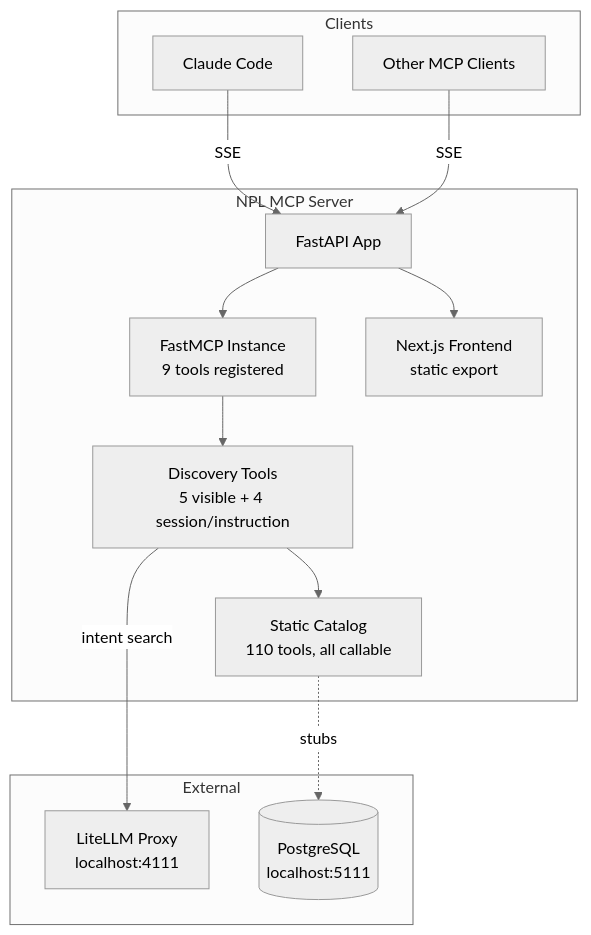
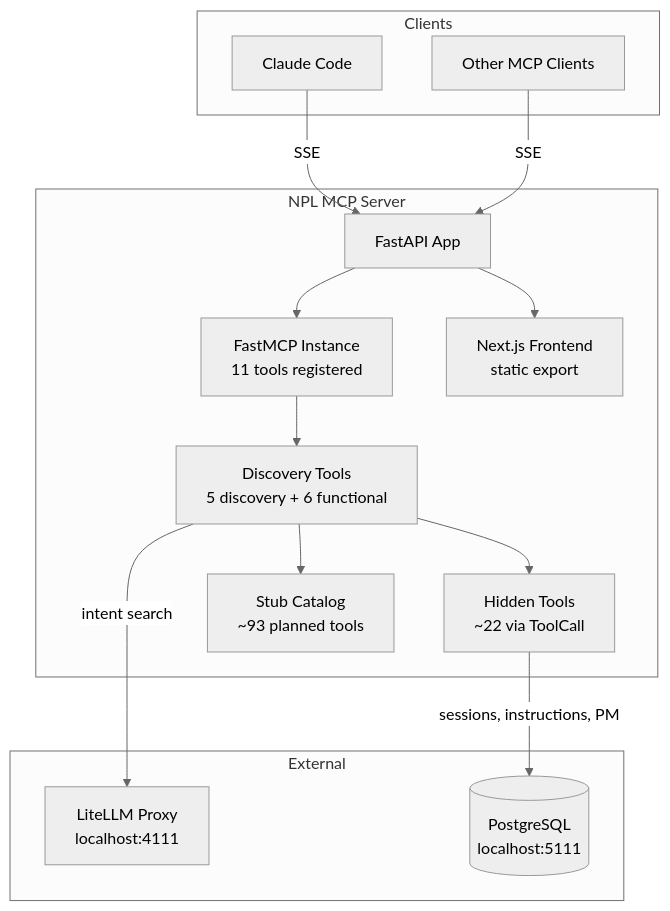
The diagram in docs/PROJ-ARCH.md (noizu-labs-ml/NoizuPromptLingo), drawn with Mermaid (neutral theme) before and after one commit. The commit also changed other lines of this file and 13 other files, not shown here.

````diff
--- a/docs/PROJ-ARCH.md
+++ b/docs/PROJ-ARCH.md
@@ -11,29 +11,31 @@
 ```mermaid
 graph TB
     subgraph Clients
         CC[Claude Code]
         Other[Other MCP Clients]
     end
 
     subgraph "NPL MCP Server"
         API[FastAPI App]
-        MCP[FastMCP Instance<br/>9 tools registered]
-        Meta[Discovery Tools<br/>5 visible + 4 session/instruction]
-        Catalog[Static Catalog<br/>110 tools, all callable]
+        MCP[FastMCP Instance<br/>11 tools registered]
+        Meta[Discovery Tools<br/>5 discovery + 6 functional]
+        Hidden[Hidden Tools<br/>~22 via ToolCall]
+        Stubs[Stub Catalog<br/>~93 planned tools]
         FE[Next.js Frontend<br/>static export]
     end
 
     subgraph External
         LLM[LiteLLM Proxy<br/>localhost:4111]
         DB[(PostgreSQL<br/>localhost:5111)]
     end
 
     CC -->|SSE| API
     Other -->|SSE| API
     API --> MCP
     MCP --> Meta
-    Meta --> Catalog
+    Meta --> Hidden
+    Meta --> Stubs
     Meta -->|intent search| LLM
+    Hidden -->|sessions, instructions, PM| DB
     API --> FE
-    Catalog -.->|stubs| DB
 ```
````
